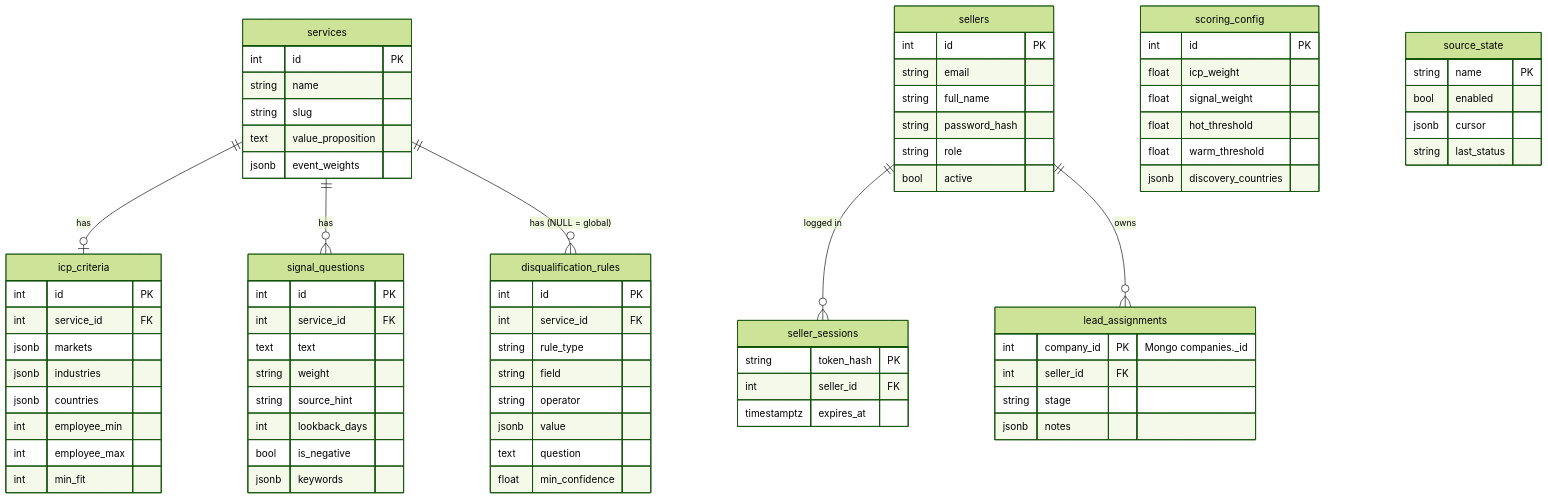
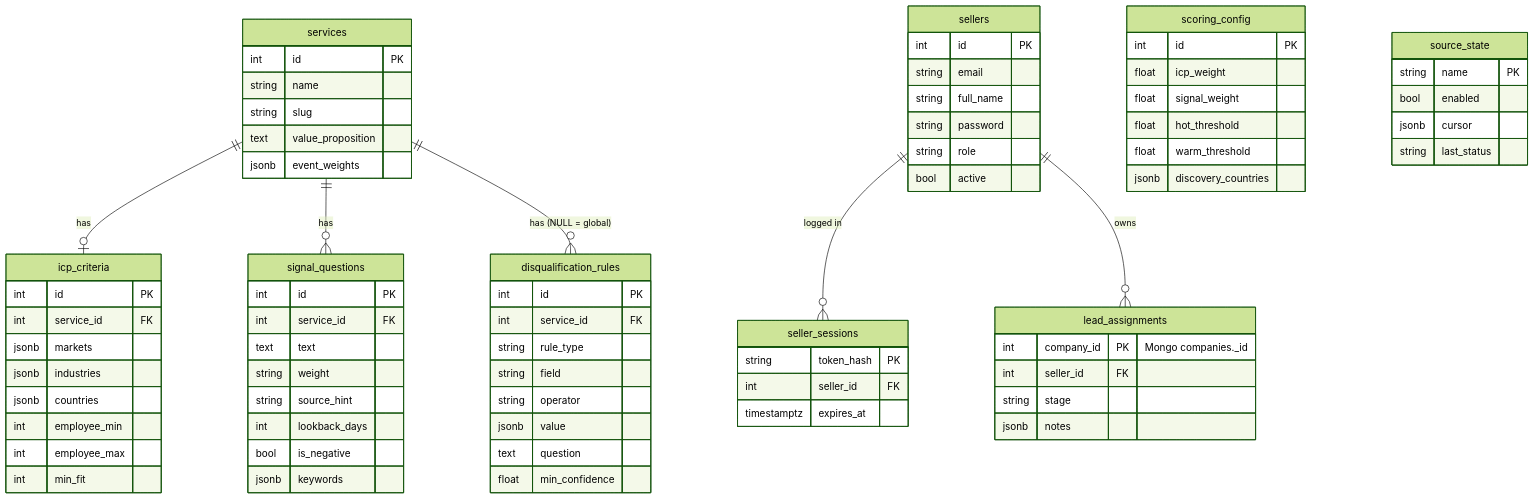
Before and after one commit to SingGeon/seller_platforms_org: the third of 3 diagrams in README.md, drawn with Mermaid (forest theme). The commit also changed other lines of this file and 7 other files, not shown here.

````diff
--- a/README.md
+++ b/README.md
@@ -242,79 +242,79 @@
 ```mermaid
 erDiagram
   services ||--o| icp_criteria : has
   services ||--o{ signal_questions : has
   services ||--o{ disqualification_rules : "has (NULL = global)"
   sellers ||--o{ seller_sessions : "logged in"
   sellers ||--o{ lead_assignments : owns
 
   services {
     int id PK
     string name
     string slug
     text value_proposition
     jsonb event_weights
   }
   icp_criteria {
     int id PK
     int service_id FK
     jsonb markets
     jsonb industries
     jsonb countries
     int employee_min
     int employee_max
     int min_fit
   }
   signal_questions {
     int id PK
     int service_id FK
     text text
     string weight
     string source_hint
     int lookback_days
     bool is_negative
     jsonb keywords
   }
   disqualification_rules {
     int id PK
     int service_id FK
     string rule_type
     string field
     string operator
     jsonb value
     text question
     float min_confidence
   }
   scoring_config {
     int id PK
     float icp_weight
     float signal_weight
     float hot_threshold
     float warm_threshold
     jsonb discovery_countries
   }
   source_state {
     string name PK
     bool enabled
     jsonb cursor
     string last_status
   }
   sellers {
     int id PK
     string email
     string full_name
-    string password_hash
+    string password
     string role
     bool active
   }
   seller_sessions {
     string token_hash PK
     int seller_id FK
     timestamptz expires_at
   }
   lead_assignments {
     int company_id PK "Mongo companies._id"
     int seller_id FK
     string stage
     jsonb notes
   }
 ```
````
